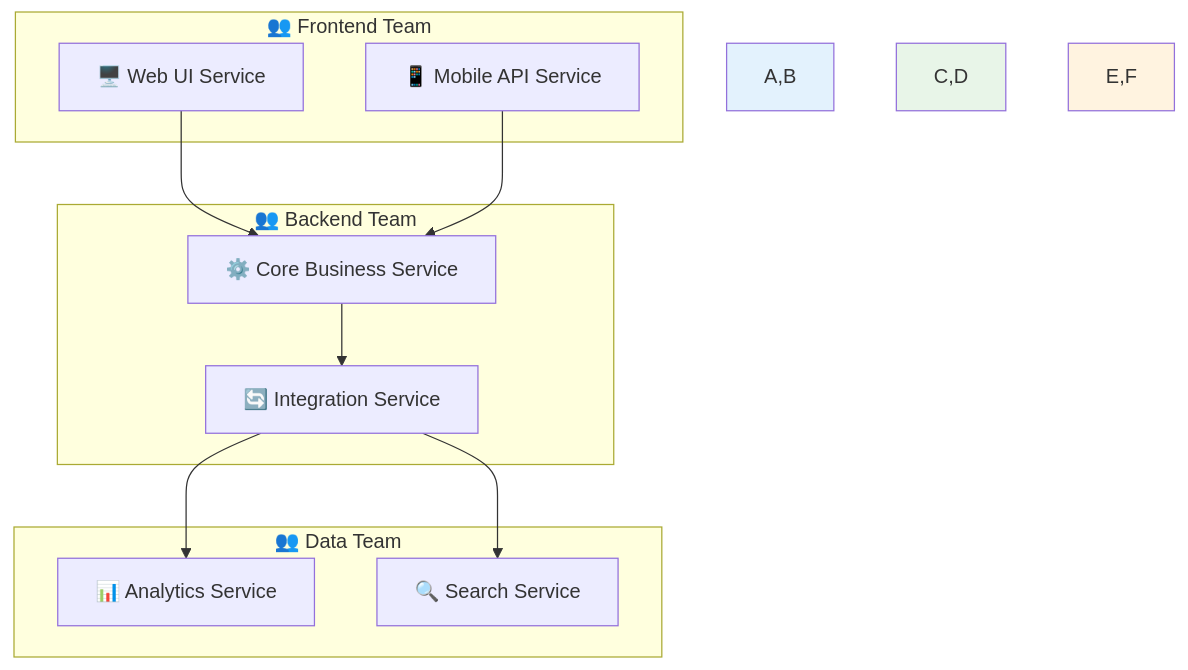
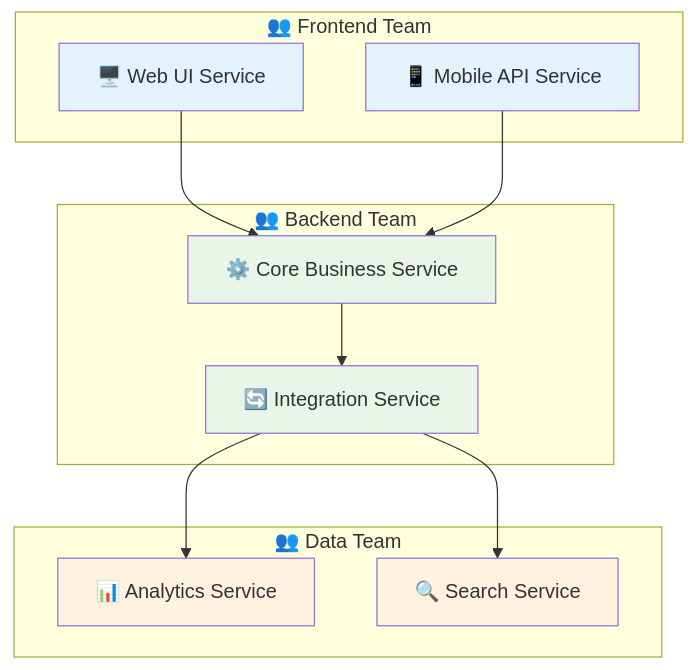
The eighth of 15 diagrams in theory/week_04/day1/session_2.md (niceguy61/kdt_devops_lecture_2025), drawn with Mermaid before and after one commit. The commit also changed other lines of this file, not shown here.

Commit message:
mermaid update

````diff
--- a/theory/week_04/day1/session_2.md
+++ b/theory/week_04/day1/session_2.md
@@ -397,27 +402,30 @@
 ```mermaid
 graph TB
     subgraph "👥 Frontend Team"
         A[🖥️ Web UI Service]
         B[📱 Mobile API Service]
     end
     
     subgraph "👥 Backend Team"
         C[⚙️ Core Business Service]
         D[🔄 Integration Service]
     end
     
     subgraph "👥 Data Team"
         E[📊 Analytics Service]
         F[🔍 Search Service]
     end
     
     A --> C
     B --> C
     C --> D
     D --> E
     D --> F
     
-    style A,B fill:#e3f2fd
-    style C,D fill:#e8f5e8
-    style E,F fill:#fff3e0
+    style A fill:#e3f2fd
+    style B fill:#e3f2fd
+    style C fill:#e8f5e8
+    style D fill:#e8f5e8
+    style E fill:#fff3e0
+    style F fill:#fff3e0
 ```
````
